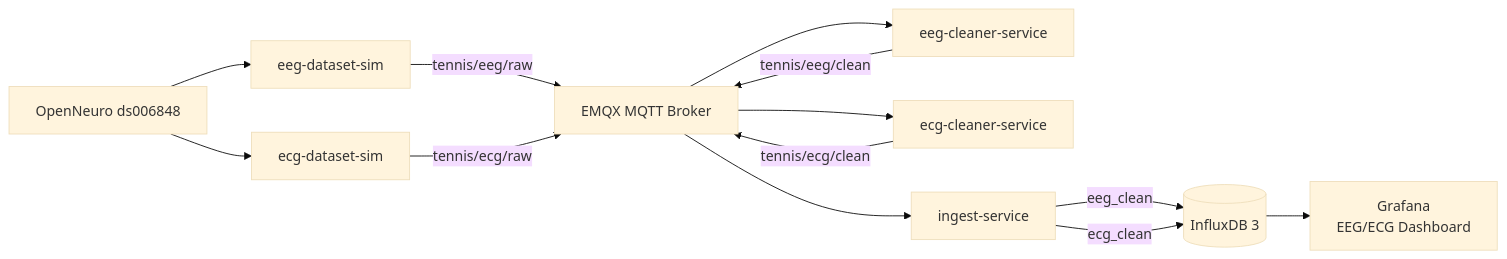
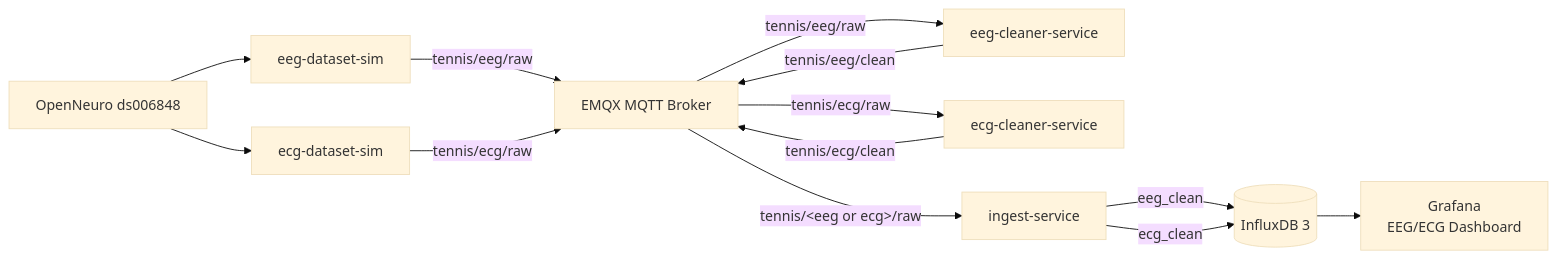
Before and after one commit to Aramushaa/Smart-Tennis-Field: the fourth of 4 diagrams in README.md, drawn with Mermaid (base theme).

Commit message:
Refine data flow descriptions in README for EEG and ECG services

````diff
--- a/README.md
+++ b/README.md
@@ -64,20 +64,20 @@
 ```mermaid
 flowchart LR
     OD[OpenNeuro ds006848] --> EEGSIM[eeg-dataset-sim]
     OD --> ECGSIM[ecg-dataset-sim]
 
     EEGSIM -->|tennis/eeg/raw| EMQX[EMQX MQTT Broker]
     ECGSIM -->|tennis/ecg/raw| EMQX
 
-    EMQX --> EEGC[eeg-cleaner-service]
-    EMQX --> ECGC[ecg-cleaner-service]
+    EMQX -->|tennis/eeg/raw| EEGC[eeg-cleaner-service]
+    EMQX -->|tennis/ecg/raw| ECGC[ecg-cleaner-service]
 
     EEGC -->|tennis/eeg/clean| EMQX
     ECGC -->|tennis/ecg/clean| EMQX
 
-    EMQX --> ING[ingest-service]
+    EMQX -->|tennis/&lt;eeg or ecg&gt;/raw| ING[ingest-service]
     ING -->|eeg_clean| DB[(InfluxDB 3)]
     ING -->|ecg_clean| DB
 
     DB --> G[Grafana<br/>EEG/ECG Dashboard]
 ```
````
